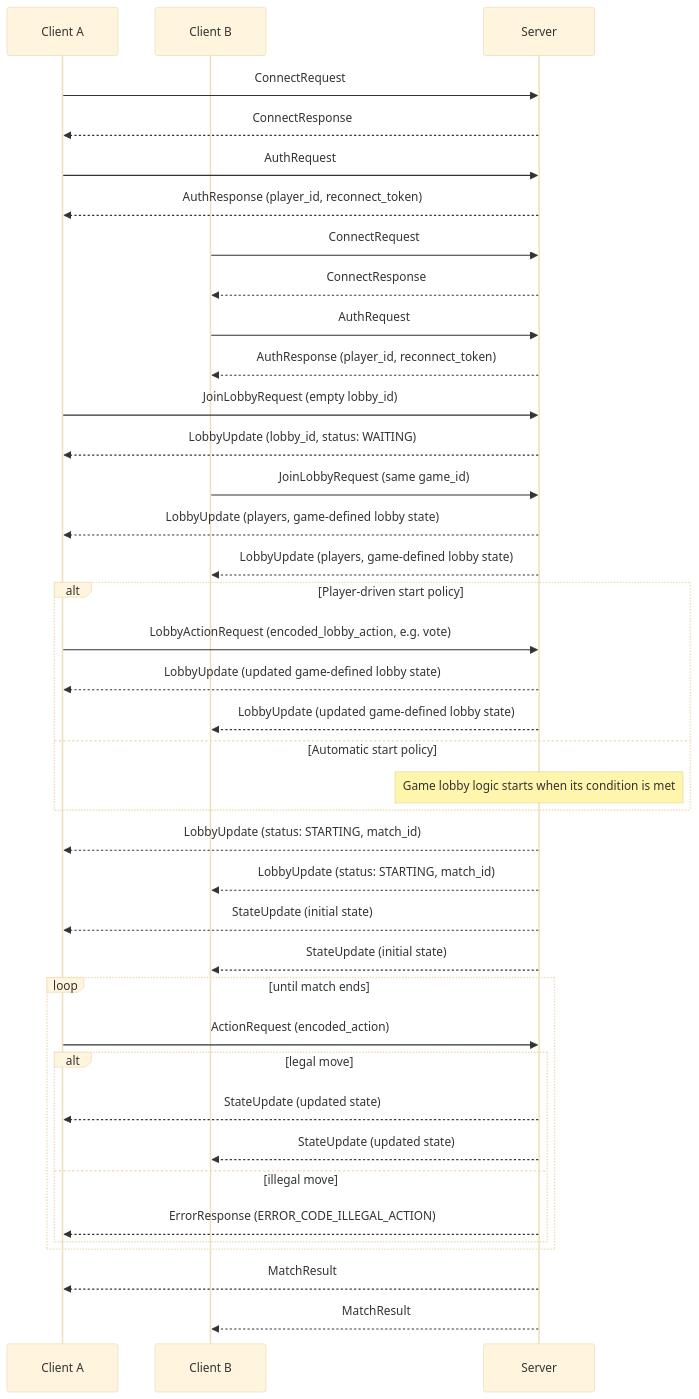
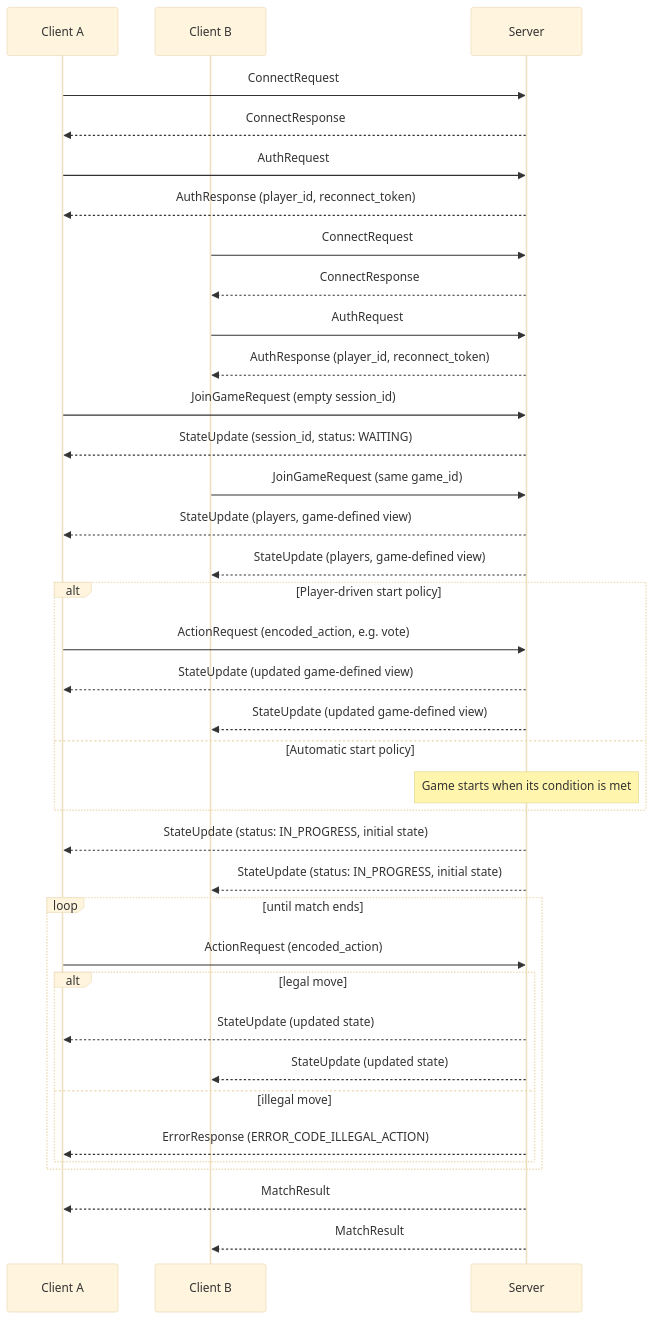
The diagram in docs/protocol.md (stevenlagoy/RAMServer-Core), drawn with Mermaid (base theme) before and after one commit. The commit also changed other lines of this file, not shown here.

Commit message:
Refactor protocol documentation to update message structure, replacing lobby-related terms with session-based equivalents and clarifying session management details.

````diff
--- a/docs/protocol.md
+++ b/docs/protocol.md
@@ -239,47 +273,45 @@
 ```mermaid
 sequenceDiagram
     participant A as Client A
     participant B as Client B
     participant S as Server
 
     A->>S: ConnectRequest
     S-->>A: ConnectResponse
     A->>S: AuthRequest
     S-->>A: AuthResponse (player_id, reconnect_token)
 
     B->>S: ConnectRequest
     S-->>B: ConnectResponse
     B->>S: AuthRequest
     S-->>B: AuthResponse (player_id, reconnect_token)
 
-    A->>S: JoinLobbyRequest (empty lobby_id)
-    S-->>A: LobbyUpdate (lobby_id, status: WAITING)
-    B->>S: JoinLobbyRequest (same game_id)
-    S-->>A: LobbyUpdate (players, game-defined lobby state)
-    S-->>B: LobbyUpdate (players, game-defined lobby state)
+    A->>S: JoinGameRequest (empty session_id)
+    S-->>A: StateUpdate (session_id, status: WAITING)
+    B->>S: JoinGameRequest (same game_id)
+    S-->>A: StateUpdate (players, game-defined view)
+    S-->>B: StateUpdate (players, game-defined view)
 
     alt Player-driven start policy
-        A->>S: LobbyActionRequest (encoded_lobby_action, e.g. vote)
-        S-->>A: LobbyUpdate (updated game-defined lobby state)
-        S-->>B: LobbyUpdate (updated game-defined lobby state)
+        A->>S: ActionRequest (encoded_action, e.g. vote)
+        S-->>A: StateUpdate (updated game-defined view)
+        S-->>B: StateUpdate (updated game-defined view)
     else Automatic start policy
-        Note over S: Game lobby logic starts when its condition is met
+        Note over S: Game starts when its condition is met
     end
-    S-->>A: LobbyUpdate (status: STARTING, match_id)
-    S-->>B: LobbyUpdate (status: STARTING, match_id)
-    S-->>A: StateUpdate (initial state)
-    S-->>B: StateUpdate (initial state)
+    S-->>A: StateUpdate (status: IN_PROGRESS, initial state)
+    S-->>B: StateUpdate (status: IN_PROGRESS, initial state)
 
     loop until match ends
         A->>S: ActionRequest (encoded_action)
         alt legal move
             S-->>A: StateUpdate (updated state)
             S-->>B: StateUpdate (updated state)
         else illegal move
             S-->>A: ErrorResponse (ERROR_CODE_ILLEGAL_ACTION)
         end
     end
 
     S-->>A: MatchResult
     S-->>B: MatchResult
 ```
````
